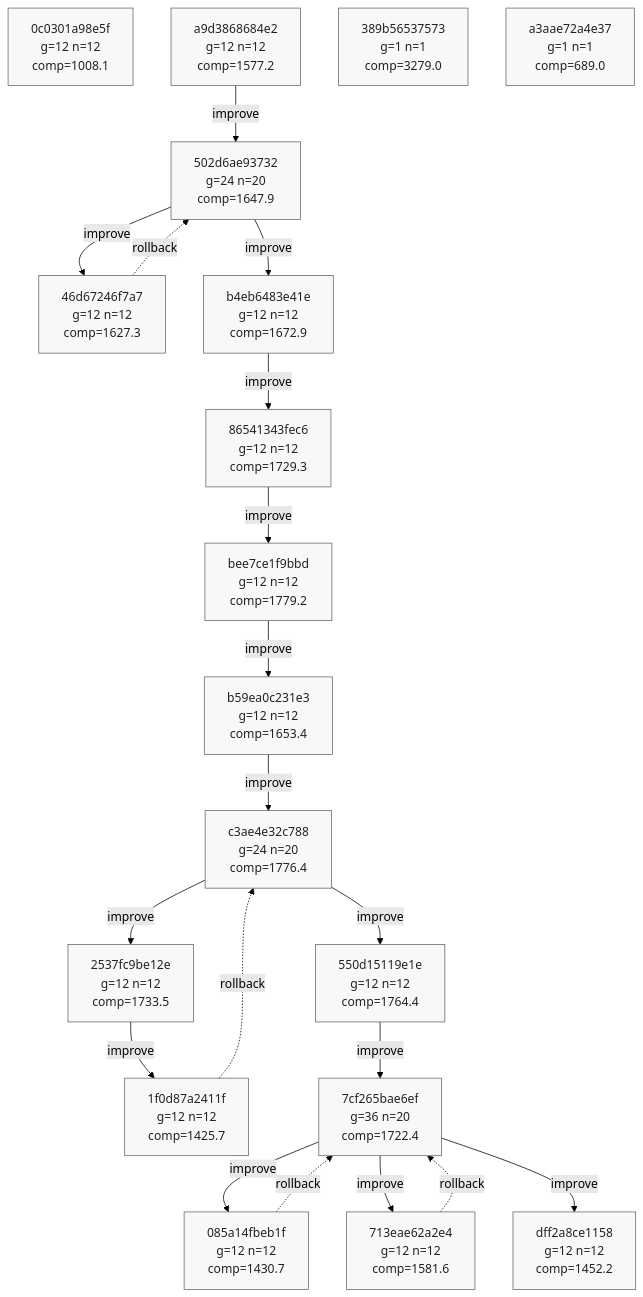
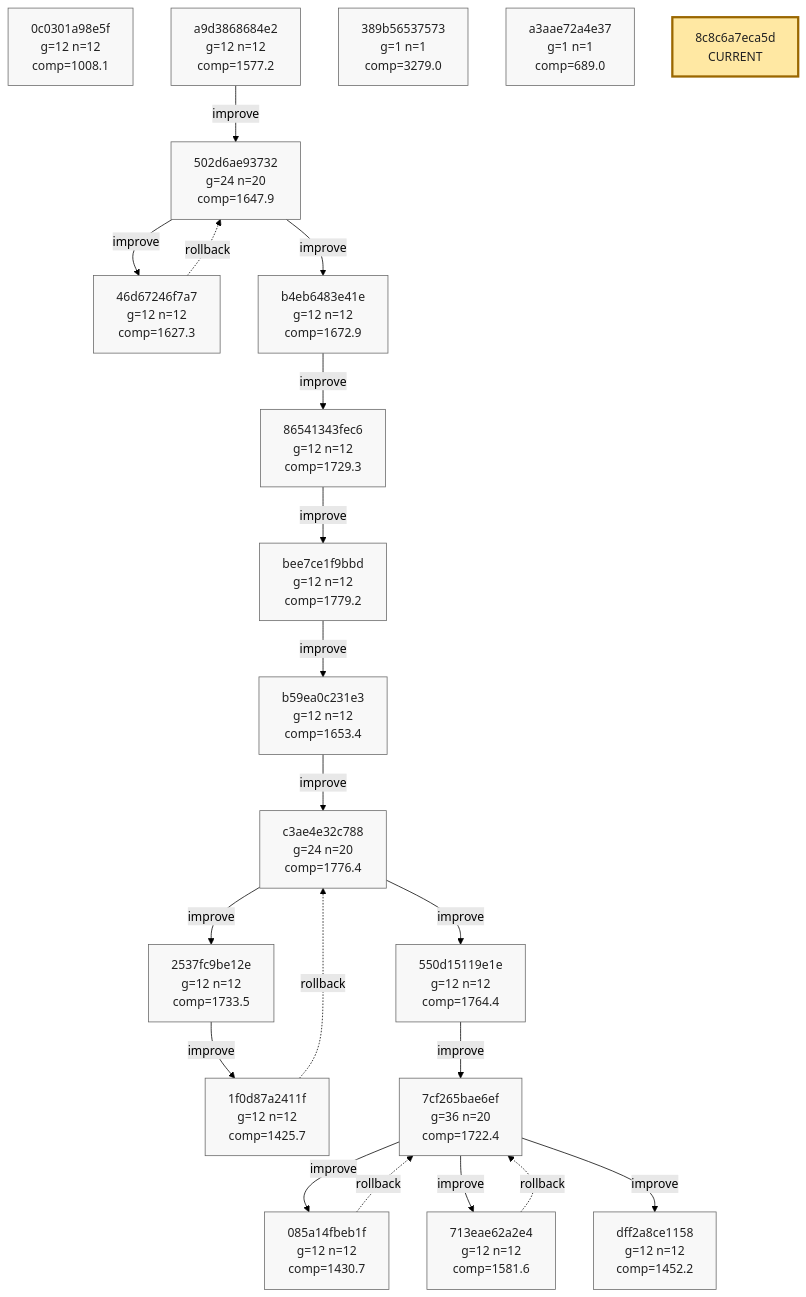
The tenth of 10 diagrams in phyrogenetic-tree.md (azumag/soviet_now), drawn with Mermaid (forest theme) before and after one commit. The commit also changed other lines of this file and 2 other files, not shown here.

````diff
--- a/phyrogenetic-tree.md
+++ b/phyrogenetic-tree.md
@@ -2543,64 +2545,66 @@
 ```mermaid
 flowchart TD
     h_0c0301a98e5f["0c0301a98e5f<br/>g=12 n=12<br/>comp=1008.1"]
     h_a9d3868684e2["a9d3868684e2<br/>g=12 n=12<br/>comp=1577.2"]
     h_502d6ae93732["502d6ae93732<br/>g=24 n=20<br/>comp=1647.9"]
     h_46d67246f7a7["46d67246f7a7<br/>g=12 n=12<br/>comp=1627.3"]
     h_b4eb6483e41e["b4eb6483e41e<br/>g=12 n=12<br/>comp=1672.9"]
     h_86541343fec6["86541343fec6<br/>g=12 n=12<br/>comp=1729.3"]
     h_bee7ce1f9bbd["bee7ce1f9bbd<br/>g=12 n=12<br/>comp=1779.2"]
     h_b59ea0c231e3["b59ea0c231e3<br/>g=12 n=12<br/>comp=1653.4"]
     h_c3ae4e32c788["c3ae4e32c788<br/>g=24 n=20<br/>comp=1776.4"]
     h_2537fc9be12e["2537fc9be12e<br/>g=12 n=12<br/>comp=1733.5"]
     h_1f0d87a2411f["1f0d87a2411f<br/>g=12 n=12<br/>comp=1425.7"]
     h_550d15119e1e["550d15119e1e<br/>g=12 n=12<br/>comp=1764.4"]
     h_7cf265bae6ef["7cf265bae6ef<br/>g=36 n=20<br/>comp=1722.4"]
     h_085a14fbeb1f["085a14fbeb1f<br/>g=12 n=12<br/>comp=1430.7"]
     h_713eae62a2e4["713eae62a2e4<br/>g=12 n=12<br/>comp=1581.6"]
     h_dff2a8ce1158["dff2a8ce1158<br/>g=12 n=12<br/>comp=1452.2"]
     h_389b56537573["389b56537573<br/>g=1 n=1<br/>comp=3279.0"]
     h_a3aae72a4e37["a3aae72a4e37<br/>g=1 n=1<br/>comp=689.0"]
+    h_8c8c6a7eca5d["8c8c6a7eca5d<br/>CURRENT"]
 
     h_a9d3868684e2 -->|improve| h_502d6ae93732
     h_502d6ae93732 -->|improve| h_46d67246f7a7
     h_46d67246f7a7 -. rollback .-> h_502d6ae93732
     h_502d6ae93732 -->|improve| h_b4eb6483e41e
     h_b4eb6483e41e -->|improve| h_86541343fec6
     h_86541343fec6 -->|improve| h_bee7ce1f9bbd
     h_bee7ce1f9bbd -->|improve| h_b59ea0c231e3
     h_b59ea0c231e3 -->|improve| h_c3ae4e32c788
     h_c3ae4e32c788 -->|improve| h_2537fc9be12e
     h_2537fc9be12e -->|improve| h_1f0d87a2411f
     h_1f0d87a2411f -. rollback .-> h_c3ae4e32c788
     h_c3ae4e32c788 -->|improve| h_550d15119e1e
     h_550d15119e1e -->|improve| h_7cf265bae6ef
     h_7cf265bae6ef -->|improve| h_085a14fbeb1f
     h_085a14fbeb1f -. rollback .-> h_7cf265bae6ef
     h_7cf265bae6ef -->|improve| h_713eae62a2e4
     h_713eae62a2e4 -. rollback .-> h_7cf265bae6ef
     h_7cf265bae6ef -->|improve| h_dff2a8ce1158
 
     classDef plain fill:#f8f8f8,stroke:#666,stroke-width:1px,color:#222;
     classDef current fill:#ffe8a3,stroke:#9a6700,stroke-width:3px,color:#222;
     classDef anchor fill:#d7f5dd,stroke:#1f6f43,stroke-width:3px,color:#222;
     classDef current_anchor fill:#f3e4a8,stroke:#1f6f43,stroke-width:4px,color:#222;
 
     class h_0c0301a98e5f plain;
     class h_a9d3868684e2 plain;
     class h_502d6ae93732 plain;
     class h_46d67246f7a7 plain;
     class h_b4eb6483e41e plain;
     class h_86541343fec6 plain;
     class h_bee7ce1f9bbd plain;
     class h_b59ea0c231e3 plain;
     class h_c3ae4e32c788 plain;
     class h_2537fc9be12e plain;
     class h_1f0d87a2411f plain;
     class h_550d15119e1e plain;
     class h_7cf265bae6ef plain;
     class h_085a14fbeb1f plain;
     class h_713eae62a2e4 plain;
     class h_dff2a8ce1158 plain;
     class h_389b56537573 plain;
     class h_a3aae72a4e37 plain;
+    class h_8c8c6a7eca5d current;
 ```
````
